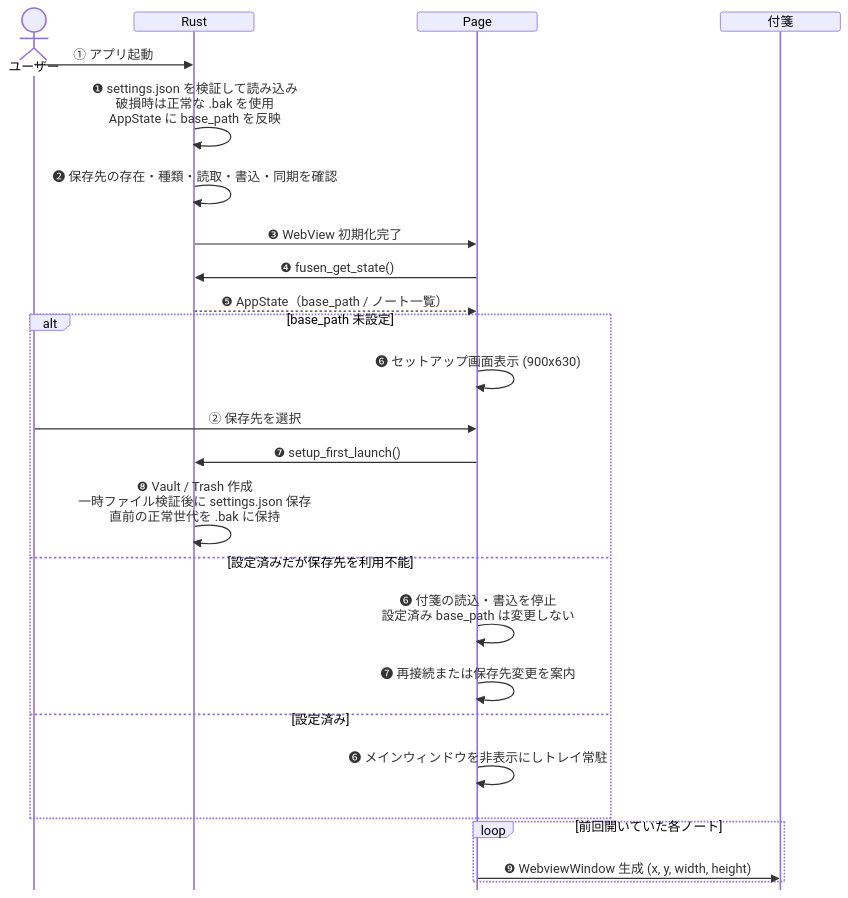
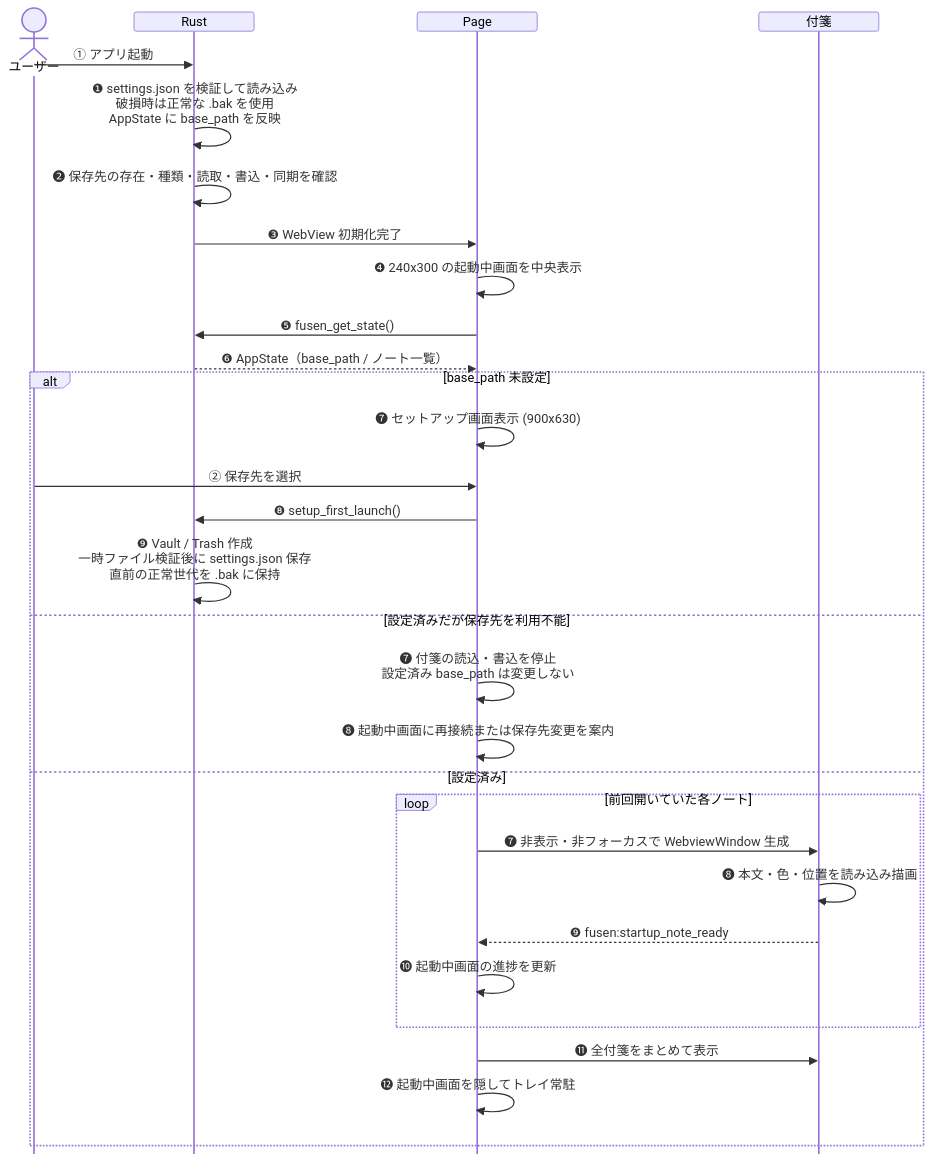
One commit to ore-no-fusen/ore-no-fusen changed the fifth of 16 diagrams in docs-v2/002_PC.md. Above: the diagram before and after it, drawn with Mermaid. The commit also changed other lines of this file and 25 other files, not shown here.

````diff
--- a/docs-v2/002_PC.md
+++ b/docs-v2/002_PC.md
@@ -434,31 +434,35 @@
 ```mermaid
 %%{init: {'sequence': {'messageMargin': 8, 'mirrorActors': false, 'height': 24, 'boxMargin': 4, 'noteMargin': 6}}}%%
 sequenceDiagram
     actor U as ユーザー
     participant R as Rust
     participant P as Page
     participant W as 付箋
 
     U->>R: ① アプリ起動
     R->>R: ❶ settings.json を検証して読み込み<br>破損時は正常な .bak を使用<br>AppState に base_path を反映
     R->>R: ❷ 保存先の存在・種類・読取・書込・同期を確認
     R->>P: ❸ WebView 初期化完了
-    P->>R: ❹ fusen_get_state()
-    R-->>P: ❺ AppState（base_path / ノート一覧）
+    P->>P: ❹ 240x300 の起動中画面を中央表示
+    P->>R: ❺ fusen_get_state()
+    R-->>P: ❻ AppState（base_path / ノート一覧）
 
     alt base_path 未設定
-        P->>P: ❻ セットアップ画面表示 (900x630)
+        P->>P: ❼ セットアップ画面表示 (900x630)
         U->>P: ② 保存先を選択
-        P->>R: ❼ setup_first_launch()
-        R->>R: ❽ Vault / Trash 作成<br>一時ファイル検証後に settings.json 保存<br>直前の正常世代を .bak に保持
+        P->>R: ❽ setup_first_launch()
+        R->>R: ❾ Vault / Trash 作成<br>一時ファイル検証後に settings.json 保存<br>直前の正常世代を .bak に保持
     else 設定済みだが保存先を利用不能
-        P->>P: ❻ 付箋の読込・書込を停止<br>設定済み base_path は変更しない
-        P->>P: ❼ 再接続または保存先変更を案内
+        P->>P: ❼ 付箋の読込・書込を停止<br>設定済み base_path は変更しない
+        P->>P: ❽ 起動中画面に再接続または保存先変更を案内
     else 設定済み
-        P->>P: ❻ メインウィンドウを非表示にしトレイ常駐
-    end
-
-    loop 前回開いていた各ノート
-        P->>W: ❾ WebviewWindow 生成 (x, y, width, height)
+        loop 前回開いていた各ノート
+            P->>W: ❼ 非表示・非フォーカスで WebviewWindow 生成
+            W->>W: ❽ 本文・色・位置を読み込み描画
+            W-->>P: ❾ fusen:startup_note_ready
+            P->>P: ❿ 起動中画面の進捗を更新
+        end
+        P->>W: ⓫ 全付箋をまとめて表示
+        P->>P: ⓬ 起動中画面を隠してトレイ常駐
     end
 ```
````
